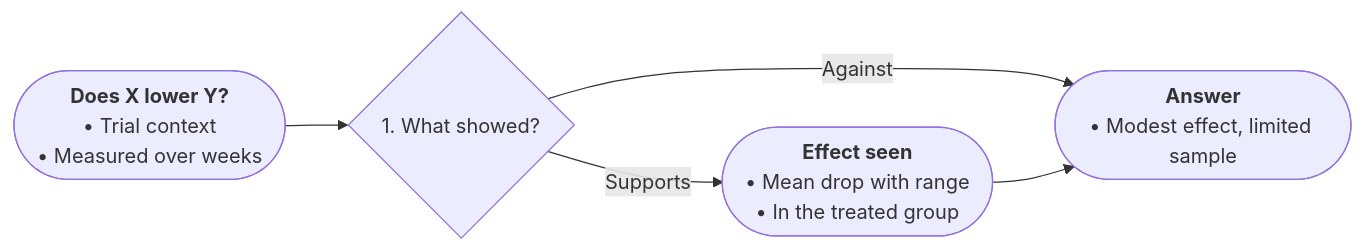
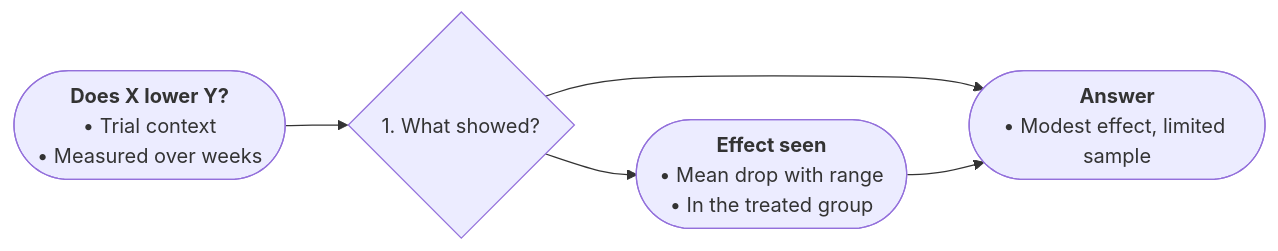
One commit to drsku6/flowcheck changed the diagram in cards/profiles/evidence.md. Above: the diagram before and after it, drawn with Mermaid. The commit also changed other lines of this file and 32 other files, not shown here.

````diff
--- a/cards/profiles/evidence.md
+++ b/cards/profiles/evidence.md
@@ -12,11 +12,11 @@
 ```mermaid
 flowchart LR
 n1(["<b>Does X lower Y?</b><br/>• Trial context<br/>• Measured over weeks"]):::startNode
 n2{"1. What showed?"}:::decisionNode
 n3(["<b>Effect seen</b><br/>• Mean drop with range<br/>• In the treated group"]):::altDx
 n4(["<b>Answer</b><br/>• Modest effect, limited sample"]):::dispoNode
 n1 --> n2
-n2 -->|"Supports"| n3
-n2 -->|"Against"| n4
+n2 --> n3
+n2 --> n4
 n3 --> n4
 ```
````
